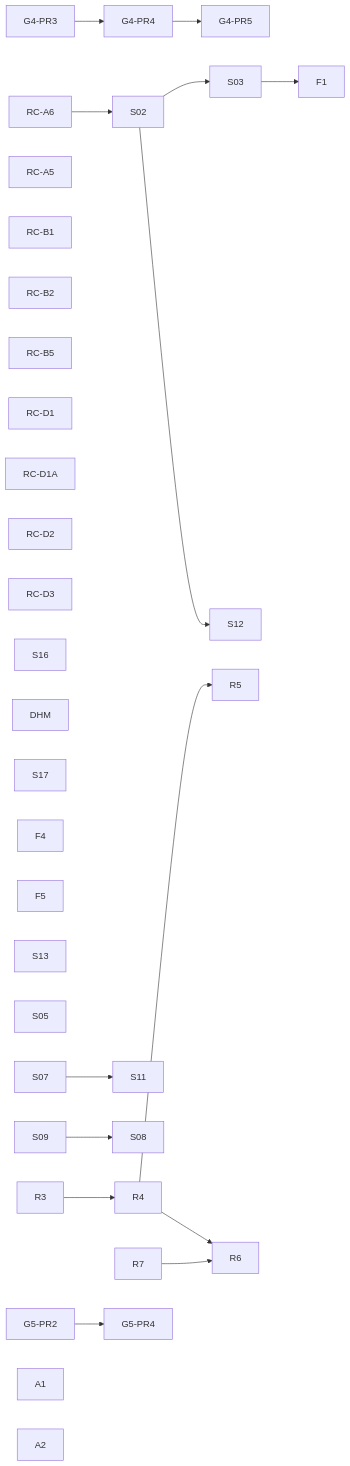
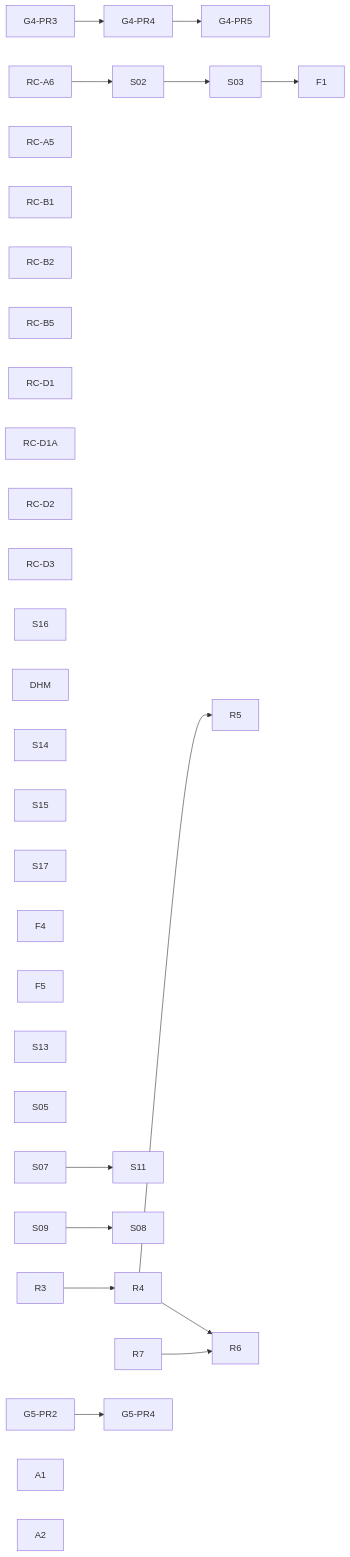
The diagram in docs/planning/state/open-task-route.md (dunay2/dvt), drawn with Mermaid before and after one commit. The commit also changed other lines of this file and 34 other files, not shown here.

````diff
--- a/docs/planning/state/open-task-route.md
+++ b/docs/planning/state/open-task-route.md
@@ -79,35 +77,36 @@
 ```mermaid
 flowchart LR
   G43[G4-PR3] --> G44[G4-PR4] --> G45[G4-PR5]
 
   RC_A6[RC-A6] --> S02[S02] --> S03[S03] --> F1[F1]
   RC_A5[RC-A5]
   RC_B1[RC-B1]
   RC_B2[RC-B2]
   RC_B5[RC-B5]
   RC_D1[RC-D1]
   RC_D1A[RC-D1A]
   RC_D2[RC-D2]
   RC_D3[RC-D3]
   S16[S16]
   DHM[DHM]
 
-  S02 --> S12[S12]
+  S14[S14]
+  S15[S15]
   S17[S17]
   F4[F4]
   F5[F5]
   S13[S13]
   S05[S05]
 
   S07[S07] --> S11[S11]
   S09[S09] --> S08[S08]
 
   R3[R3] --> R4[R4] --> R5[R5]
   R4 --> R6[R6]
   R7[R7] --> R6
 
   G52[G5-PR2] --> G54[G5-PR4]
   A1[A1]
   A2[A2]
   DHM
 ```
````
